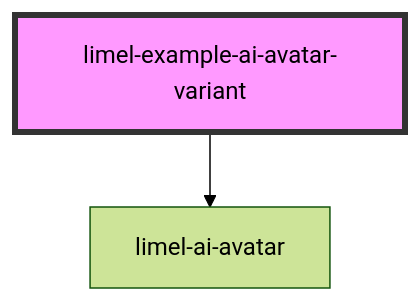
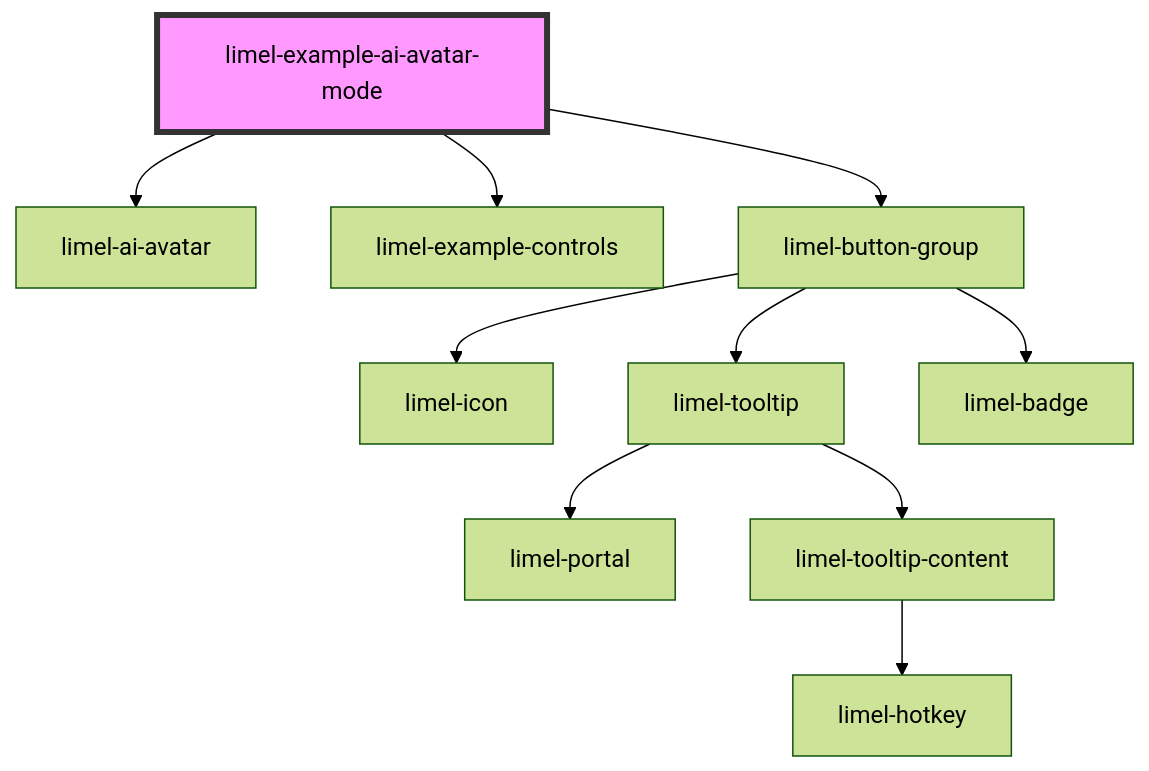
The diagram in versions/PR-4309/markdown-docs/components/ai-avatar/examples/readme.md (Lundalogik/lime-elements), drawn with Mermaid (forest theme) before and after one commit. The commit also changed other lines of this file and 4 other files, not shown here.

````diff
--- a/versions/PR-4309/markdown-docs/components/ai-avatar/examples/readme.md
+++ b/versions/PR-4309/markdown-docs/components/ai-avatar/examples/readme.md
@@ -40,5 +30,13 @@
 ```mermaid
 graph TD;
-  limel-example-ai-avatar-variant --> limel-ai-avatar
-  style limel-example-ai-avatar-variant fill:#f9f,stroke:#333,stroke-width:4px
+  limel-example-ai-avatar-mode --> limel-ai-avatar
+  limel-example-ai-avatar-mode --> limel-example-controls
+  limel-example-ai-avatar-mode --> limel-button-group
+  limel-button-group --> limel-icon
+  limel-button-group --> limel-tooltip
+  limel-button-group --> limel-badge
+  limel-tooltip --> limel-portal
+  limel-tooltip --> limel-tooltip-content
+  limel-tooltip-content --> limel-hotkey
+  style limel-example-ai-avatar-mode fill:#f9f,stroke:#333,stroke-width:4px
 ```
````
